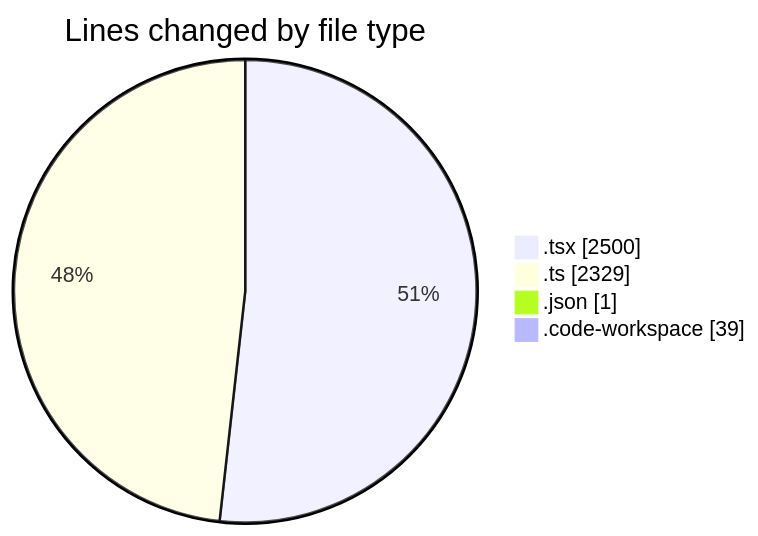
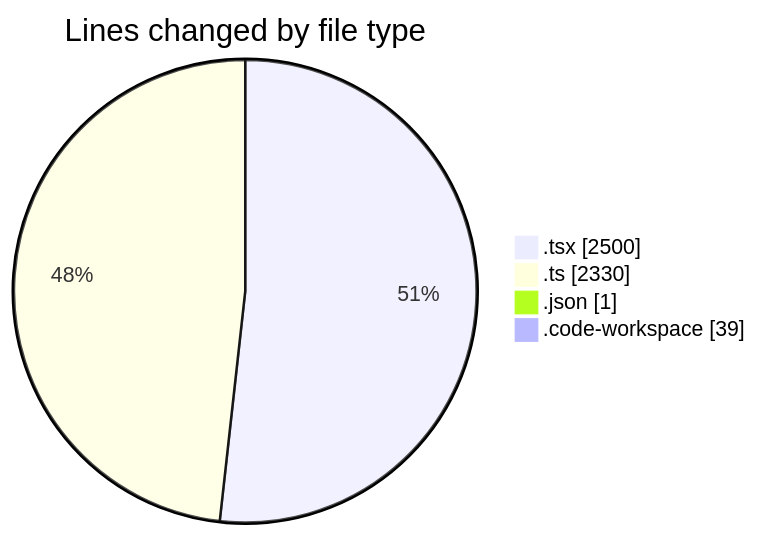
The first of 2 diagrams in 2025-10-08/eventscop-frontend-guide__workspace_/README.md (julien-gomy/code-tracking), drawn with Mermaid before and after one commit. The commit also changed other lines of this file and 1 other file, not shown here.

````diff
--- a/2025-10-08/eventscop-frontend-guide__workspace_/README.md
+++ b/2025-10-08/eventscop-frontend-guide__workspace_/README.md
@@ -38,8 +38,8 @@
 ```mermaid
 pie showData
 title Lines changed by file type
 ".tsx" : 2500
-".ts" : 2329
+".ts" : 2330
 ".json" : 1
 ".code-workspace" : 39
 ```
````
